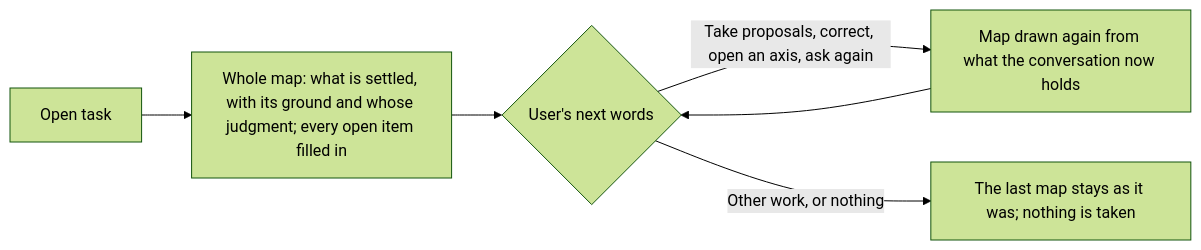
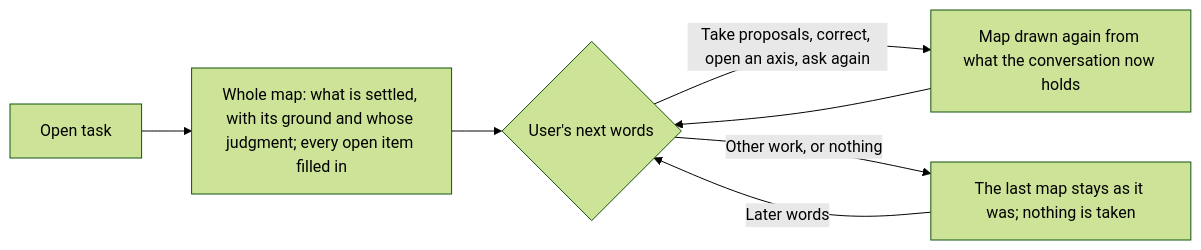
Before and after one commit to jongwony/epistemic-protocols: the diagram in horismos/README.md, drawn with Mermaid (forest theme). The commit also changed other lines of this file and 1 other file, not shown here.

````diff
--- a/horismos/README.md
+++ b/horismos/README.md
@@ -9,8 +9,9 @@
 ```mermaid
 flowchart LR
     A[Open task] --> B[Whole map: what is settled, with its ground and whose judgment; every open item filled in]
     B --> C{User's next words}
     C -->|Take proposals, correct, open an axis, ask again| D[Map drawn again from what the conversation now holds]
     D --> C
     C -->|Other work, or nothing| E[The last map stays as it was; nothing is taken]
+    E -->|Later words| C
 ```
````
